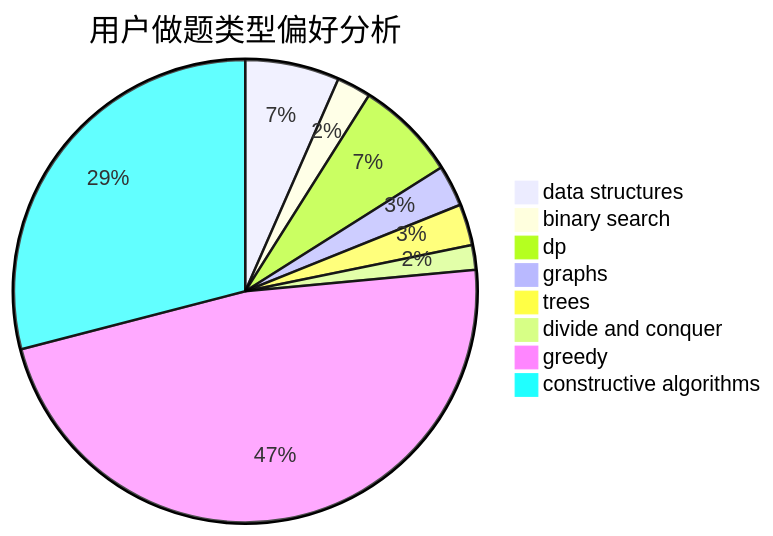
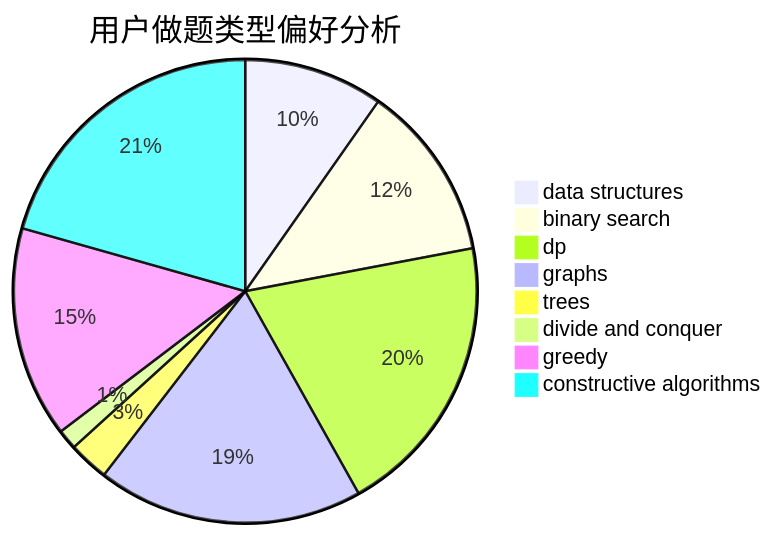
The second of 3 diagrams in docs/user/u121.md (sherpahu/cfrs.github.io), drawn with Mermaid before and after one commit. The commit also changed other lines of this file and 2770 other files, not shown here.

````diff
--- a/docs/user/u121.md
+++ b/docs/user/u121.md
@@ -23,11 +23,11 @@
 ```mermaid
 pie title 用户做题类型偏好分析
-    "data structures" :  80
-    "binary search" :  29
-    "dp" :  86
-    "graphs" :  35
-    "trees" :  35
-    "divide and conquer" :  21
-    "greedy" :  577
-    "constructive algorithms" :  353
+    "data structures" :  76
+    "binary search" :  96
+    "dp" :  155
+    "graphs" :  145
+    "trees" :  22
+    "divide and conquer" :  11
+    "greedy" :  115
+    "constructive algorithms" :  161
 ```
````
